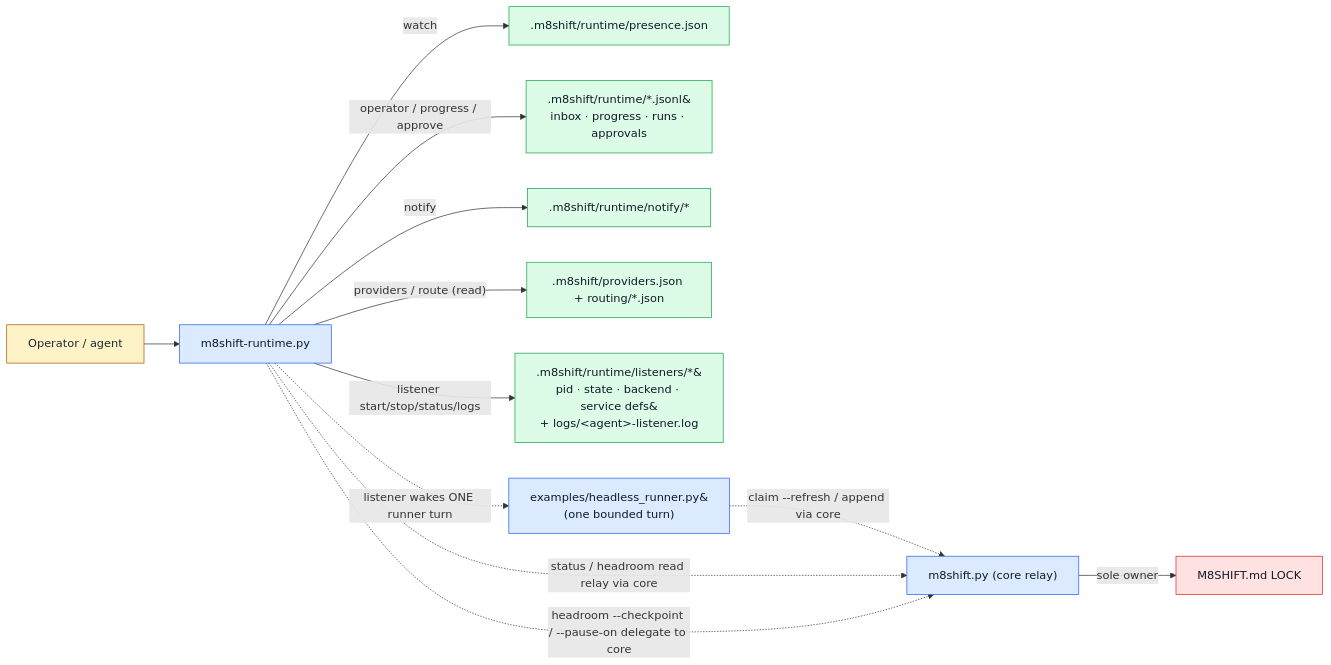
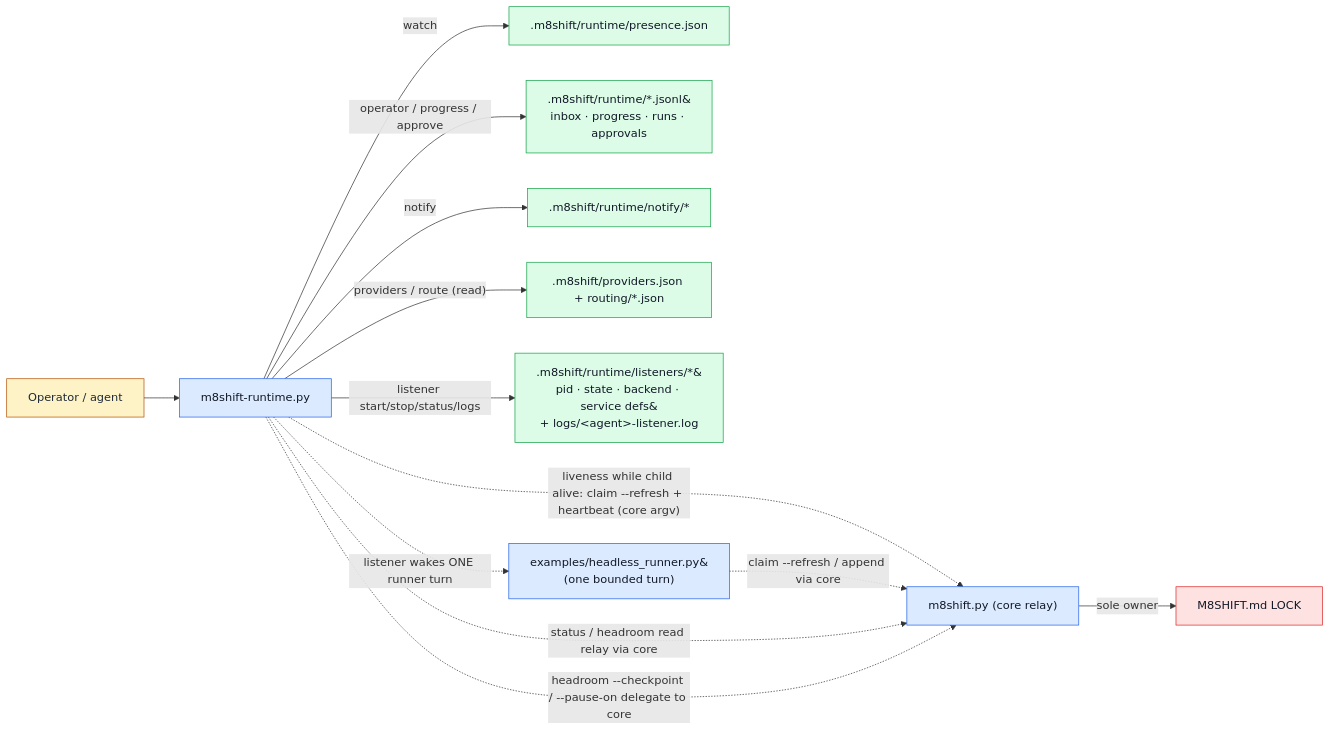
One commit to M8Shift/M8Shift changed the diagram in docs/en/modules/runtime.md. Above: the diagram before and after it, drawn with Mermaid. The commit also changed other lines of this file and 4 other files, not shown here.

````diff
--- a/docs/en/modules/runtime.md
+++ b/docs/en/modules/runtime.md
@@ -11,30 +11,31 @@
 ```mermaid
 flowchart LR
     user["Operator / agent"]:::actor
     script["m8shift-runtime.py"]:::script
     core["m8shift.py (core relay)"]:::script
     presence[".m8shift/runtime/presence.json"]:::state
     ledgers[".m8shift/runtime/*.jsonl&#8203;<br/>inbox · progress · runs · approvals"]:::state
     notify[".m8shift/runtime/notify/*"]:::state
     registry[".m8shift/providers.json + routing/*.json"]:::state
     listeners[".m8shift/runtime/listeners/*&#8203;<br/>pid · state · backend · service defs&#8203;<br/>+ logs/&lt;agent&gt;-listener.log"]:::state
     runner["examples/headless_runner.py&#8203;<br/>(one bounded turn)"]:::script
     lock["M8SHIFT.md LOCK"]:::lock
 
     user --> script
     script -- "watch" --> presence
     script -- "operator / progress / approve" --> ledgers
     script -- "notify" --> notify
     script -- "providers / route (read)" --> registry
     script -- "listener start/stop/status/logs" --> listeners
+    script -. "liveness while child alive: claim --refresh + heartbeat (core argv)" .-> core
     script -. "listener wakes ONE runner turn" .-> runner
     runner -. "claim --refresh / append via core" .-> core
     script -. "status / headroom read relay via core" .-> core
     core -- "sole owner" --> lock
     script -. "headroom --checkpoint / --pause-on delegate to core" .-> core
 
     classDef actor fill:#fef3c7,stroke:#b45309,color:#1f2937
     classDef script fill:#dbeafe,stroke:#2563eb,color:#111827
     classDef state fill:#dcfce7,stroke:#16a34a,color:#111827
     classDef lock fill:#fee2e2,stroke:#dc2626,color:#111827
 ```
````
